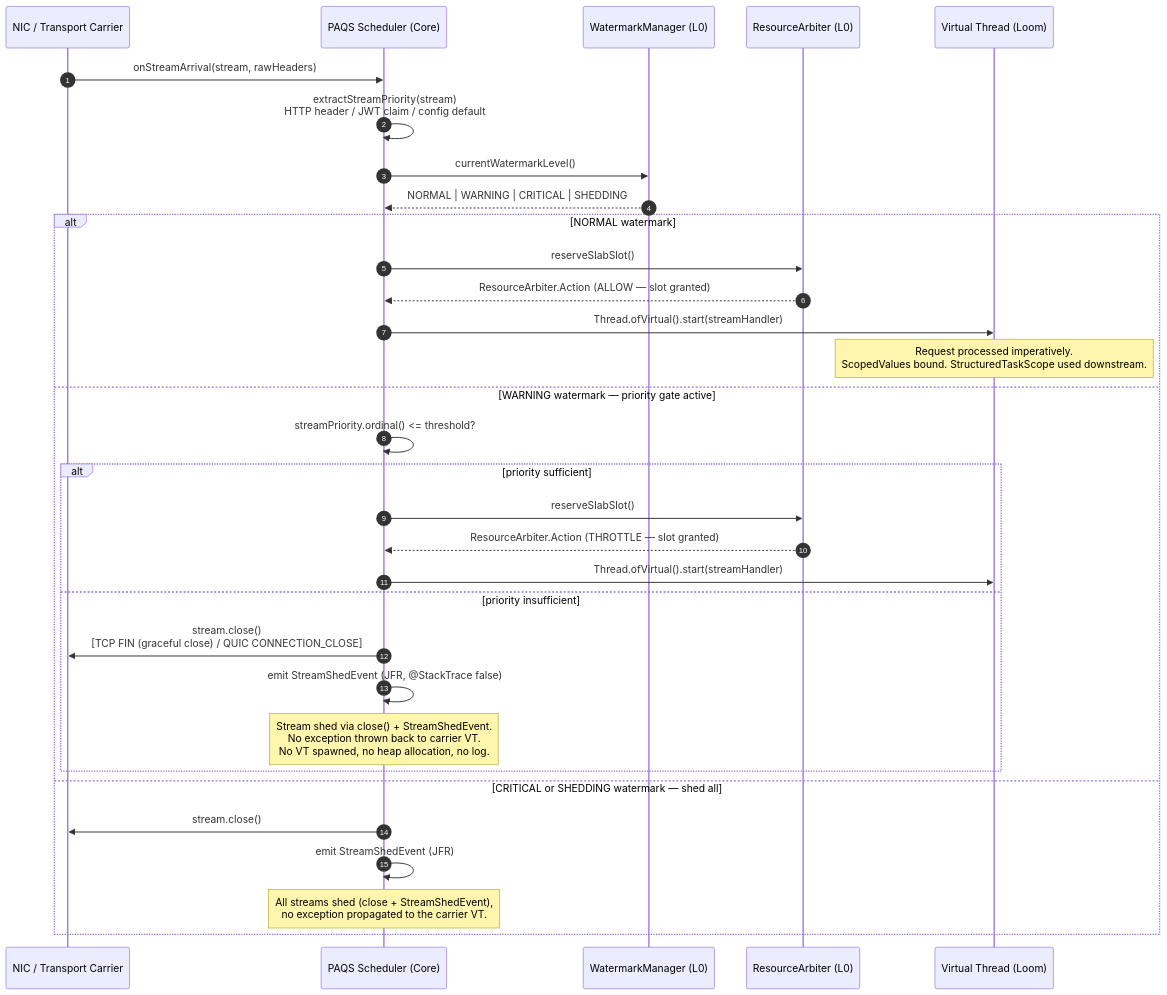
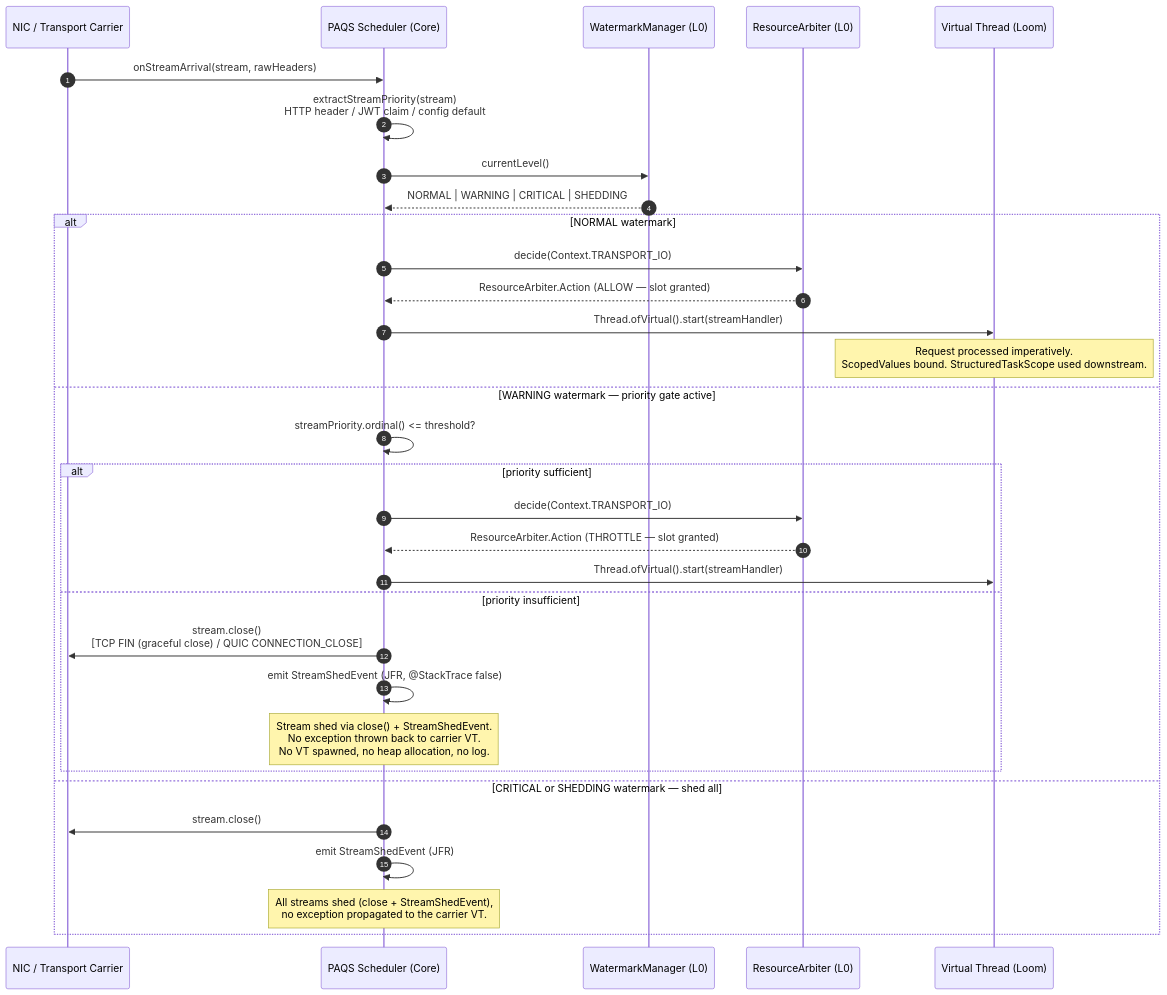
The diagram in docs/subsystems/transport.md (exeris-systems/exeris-kernel), drawn with Mermaid before and after one commit. The commit also changed other lines of this file and 43 other files, not shown here.

````diff
--- a/docs/subsystems/transport.md
+++ b/docs/subsystems/transport.md
@@ -365,37 +406,37 @@
 ```mermaid
 sequenceDiagram
     autonumber
     participant NIC   as NIC / Transport Carrier
     participant PAQS  as PAQS Scheduler (Core)
     participant WM    as WatermarkManager (L0)
     participant RA    as ResourceArbiter (L0)
     participant VT    as Virtual Thread (Loom)
 
     NIC->>PAQS: onStreamArrival(stream, rawHeaders)
     PAQS->>PAQS: extractStreamPriority(stream)<br/>HTTP header / JWT claim / config default
 
-    PAQS->>WM: currentWatermarkLevel()
+    PAQS->>WM: currentLevel()
     WM-->>PAQS: NORMAL | WARNING | CRITICAL | SHEDDING
 
     alt NORMAL watermark
-        PAQS->>RA: reserveSlabSlot()
+        PAQS->>RA: decide(Context.TRANSPORT_IO)
         RA-->>PAQS: ResourceArbiter.Action (ALLOW — slot granted)
         PAQS->>VT: Thread.ofVirtual().start(streamHandler)
         Note over VT: Request processed imperatively.<br/>ScopedValues bound. StructuredTaskScope used downstream.
     else WARNING watermark — priority gate active
         PAQS->>PAQS: streamPriority.ordinal() <= threshold?
         alt priority sufficient
-            PAQS->>RA: reserveSlabSlot()
+            PAQS->>RA: decide(Context.TRANSPORT_IO)
             RA-->>PAQS: ResourceArbiter.Action (THROTTLE — slot granted)
             PAQS->>VT: Thread.ofVirtual().start(streamHandler)
         else priority insufficient
             PAQS->>NIC: stream.close()<br/>[TCP FIN (graceful close) / QUIC CONNECTION_CLOSE]
             PAQS->>PAQS: emit StreamShedEvent (JFR, @StackTrace false)
             Note over PAQS: Stream shed via close() + StreamShedEvent.<br/>No exception thrown back to carrier VT.<br/>No VT spawned, no heap allocation, no log.
         end
     else CRITICAL or SHEDDING watermark — shed all
         PAQS->>NIC: stream.close()
         PAQS->>PAQS: emit StreamShedEvent (JFR)
         Note over PAQS: All streams shed (close + StreamShedEvent),<br/>no exception propagated to the carrier VT.
     end
 ```
````
